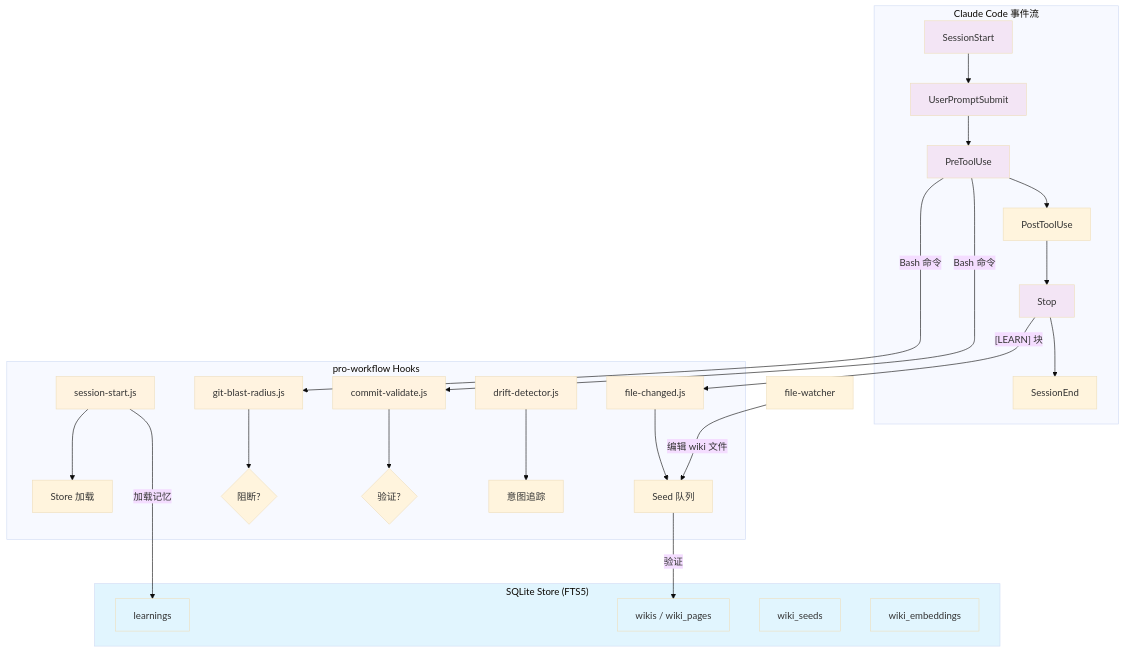
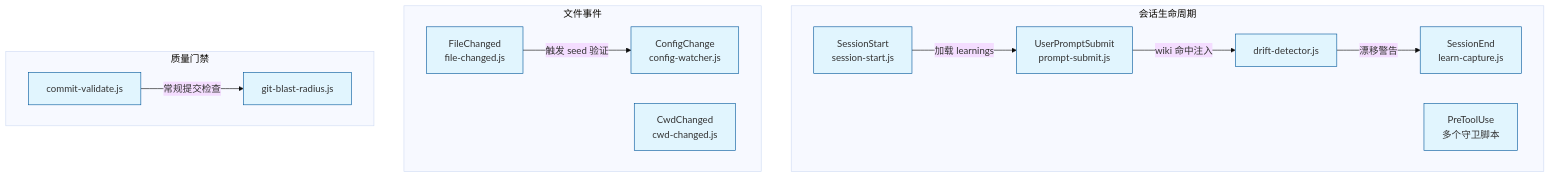
Before and after one commit to lst016/tech-cc-hub: the first of 2 diagrams in .tech/repowiki/zh/content/核心模块规格/Pro Workflow 自动化总览.md, drawn with Mermaid (base theme). The commit also changed other lines of this file and 176 other files, not shown here.

````diff
--- a/.tech/repowiki/zh/content/核心模块规格/Pro Workflow 自动化总览.md
+++ b/.tech/repowiki/zh/content/核心模块规格/Pro Workflow 自动化总览.md
@@ -55,39 +55,30 @@
 ```mermaid
 flowchart TD
-    subgraph ClaudeCode["Claude Code 事件流"]
-        SS[SessionStart] --> UP[UserPromptSubmit]
-        UP --> PTU[PreToolUse]
-        PTU --> PTU_POST[PostToolUse]
-        PTU_POST --> ST[Stop]
-        ST --> SE[SessionEnd]
+    subgraph Session["会话生命周期"]
+        SS["SessionStart<br/>session-start.js"]
+        PS["UserPromptSubmit<br/>prompt-submit.js"]
+        PT["PreToolUse<br/>多个守卫脚本"]
+        DT["drift-detector.js"]
+        SE["SessionEnd<br/>learn-capture.js"]
     end
 
-    subgraph Hooks["pro-workflow Hooks"]
-        HS[session-start.js] --> ST_PROC[Store 加载]
-        HF[file-changed.js] --> SEED_Q[Seed 队列]
-        HG[git-blast-radius.js] --> BLOCK{阻断?}
-        HC[commit-validate.js] --> VALID{验证?}
-        HD[drift-detector.js] --> INTENT[意图追踪]
+    subgraph FileEvents["文件事件"]
+        FC["FileChanged<br/>file-changed.js"]
+        CW["CwdChanged<br/>cwd-changed.js"]
+        CC["ConfigChange<br/>config-watcher.js"]
     end
 
-    subgraph Store["SQLite Store (FTS5)"]
-        LEARN[learnings]
-        WIKI[wikis / wiki_pages]
-        SEEDS[wiki_seeds]
-        EMBED[wiki_embeddings]
+    subgraph Quality["质量门禁"]
+        CV["commit-validate.js"]
+        GB["git-blast-radius.js"]
     end
 
-    PTU -->|"Bash 命令"| HG
-    PTU -->|"Bash 命令"| HC
-    ST -->|"[LEARN] 块"| HF
-    file-watcher -->|"编辑 wiki 文件"| SEED_Q
-    HS -->|"加载记忆"| LEARN
-    SEED_Q -->|"验证"| WIKI
+    SS -->|加载 learnings| PS
+    PS -->|wiki 命中注入| DT
+    DT -->|漂移警告| SE
+    FC -->|触发 seed 验证| CC
+    CV -->|常规提交检查| GB
 
-    classDef store fill:#e1f5fe
-    classDef hook fill:#fff3e0
-    classDef event fill:#f3e5f5
-    class Store,LEARN,WIKI,SEEDS,EMBED store
-    class HS,HF,HG,HC,HD hook
-    class SS,UP,PTU,ST event
+    classDef hook fill:#e1f5fe,stroke:#01579b
+    class SS,PS,PT,DT,SE,FC,CW,CC,CV,GB hook
 ```
````
